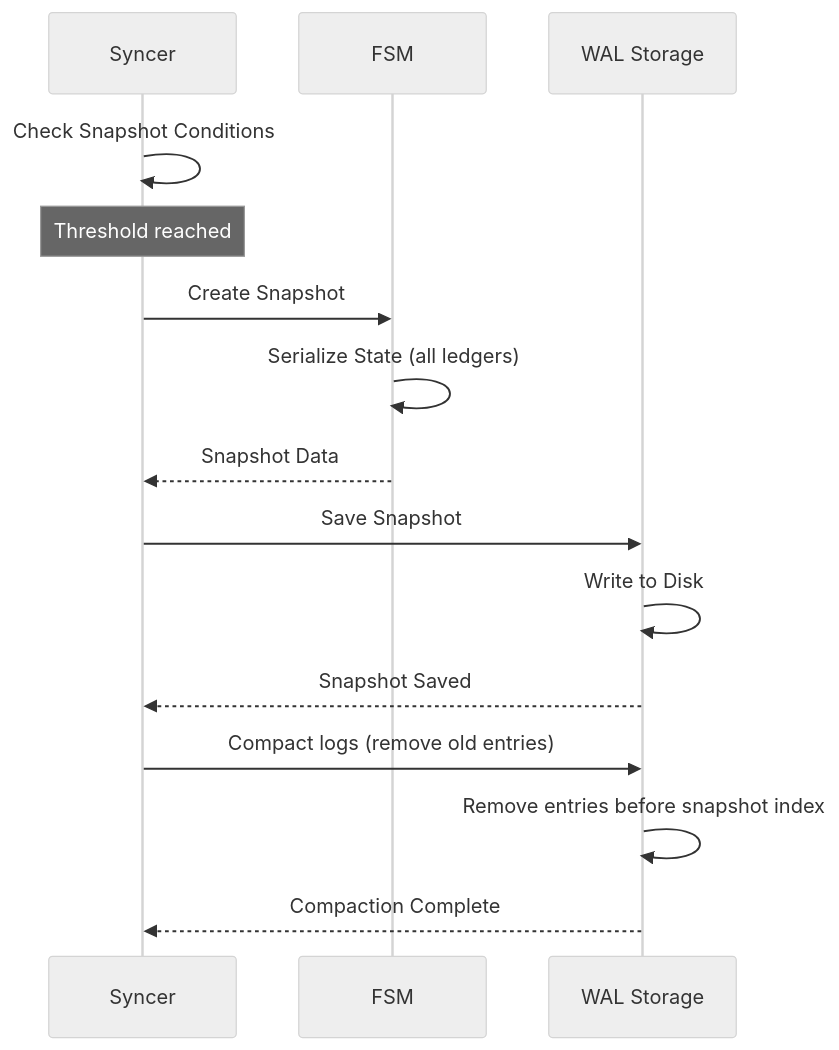
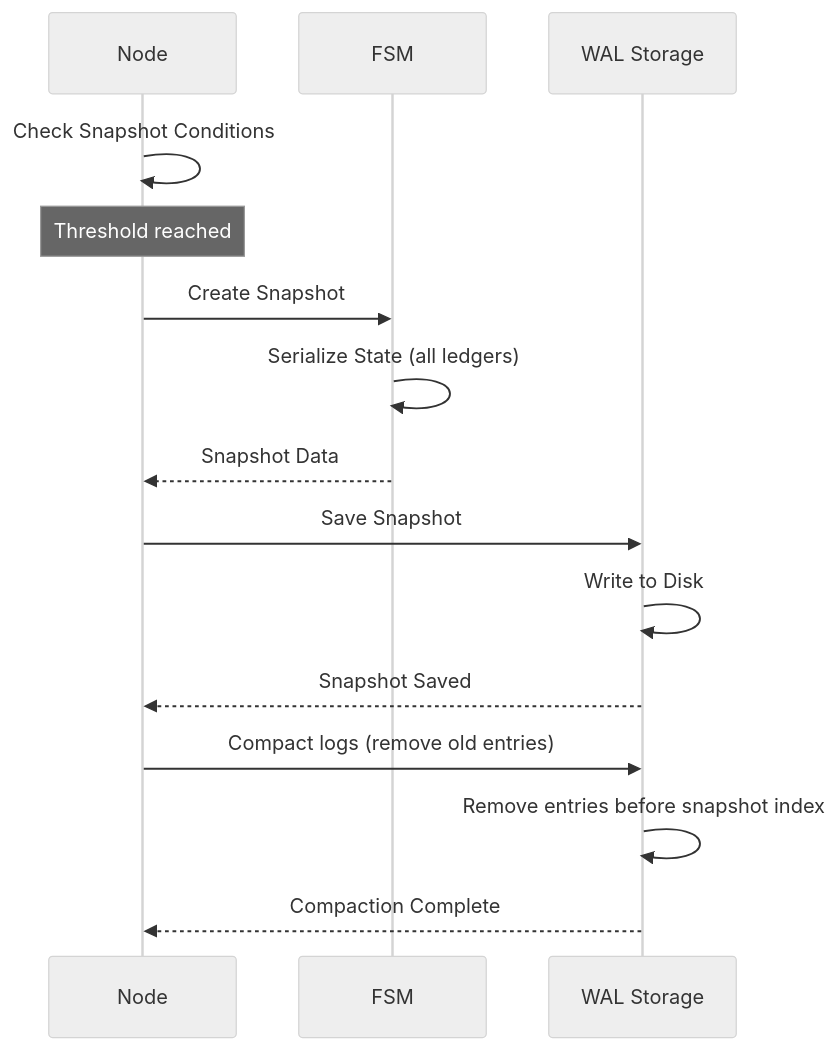
The sixth of 8 diagrams in docs/data-flows.md (formancehq/ledger), drawn with Mermaid (neutral theme) before and after one commit. The commit also changed other lines of this file and 6 other files, not shown here.

Commit message:
feat: merge node and syncer

````diff
--- a/docs/data-flows.md
+++ b/docs/data-flows.md
@@ -434,21 +429,21 @@
 ```mermaid
 sequenceDiagram
-    participant Syncer as Syncer
+    participant Node as Node
     participant FSM as FSM
     participant SnapshotStore as WAL Storage
     
-    Syncer->>Syncer: Check Snapshot Conditions
-    Note over Syncer: Threshold reached
+    Node->>Node: Check Snapshot Conditions
+    Note over Node: Threshold reached
     
-    Syncer->>FSM: Create Snapshot
+    Node->>FSM: Create Snapshot
     FSM->>FSM: Serialize State (all ledgers)
-    FSM-->>Syncer: Snapshot Data
+    FSM-->>Node: Snapshot Data
     
-    Syncer->>SnapshotStore: Save Snapshot
+    Node->>SnapshotStore: Save Snapshot
     SnapshotStore->>SnapshotStore: Write to Disk
-    SnapshotStore-->>Syncer: Snapshot Saved
+    SnapshotStore-->>Node: Snapshot Saved
     
-    Syncer->>SnapshotStore: Compact logs (remove old entries)
+    Node->>SnapshotStore: Compact logs (remove old entries)
     SnapshotStore->>SnapshotStore: Remove entries before snapshot index
-    SnapshotStore-->>Syncer: Compaction Complete
+    SnapshotStore-->>Node: Compaction Complete
 ```
````
